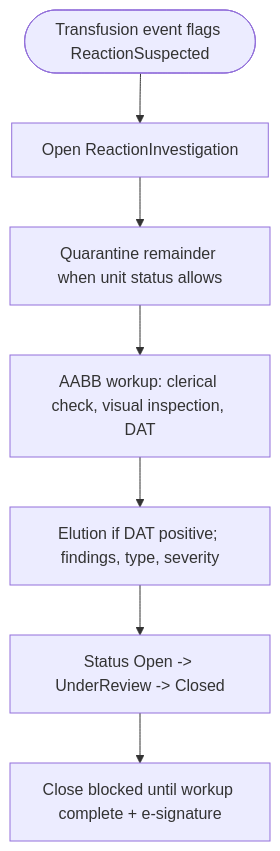
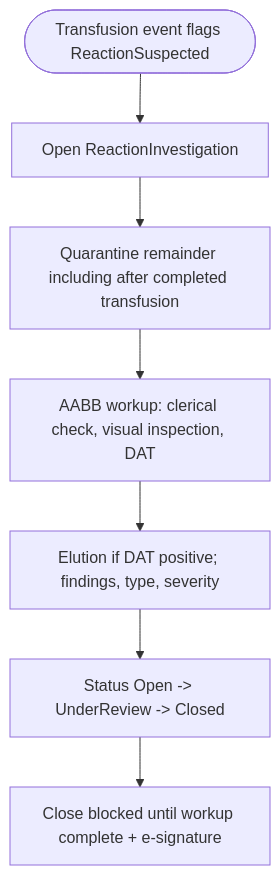
The tenth of 11 diagrams in docs/workflows.md (drpitts13/greyhound-blood-bank-system), drawn with Mermaid before and after one commit. The commit also changed other lines of this file and 12 other files, not shown here.

Commit message:
Hold reaction remainder after a completed transfusion and show unit type.

````diff
--- a/docs/workflows.md
+++ b/docs/workflows.md
@@ -238,9 +238,9 @@
 ```mermaid
 flowchart TD
     a([Transfusion event flags ReactionSuspected]) --> b[Open ReactionInvestigation]
-    b --> q[Quarantine remainder when unit status allows]
+    b --> q[Quarantine remainder including after completed transfusion]
     q --> c[AABB workup: clerical check, visual inspection, DAT]
     c --> d[Elution if DAT positive; findings, type, severity]
     d --> e[Status Open -> UnderReview -> Closed]
     e --> f[Close blocked until workup complete + e-signature]
 ```
````
